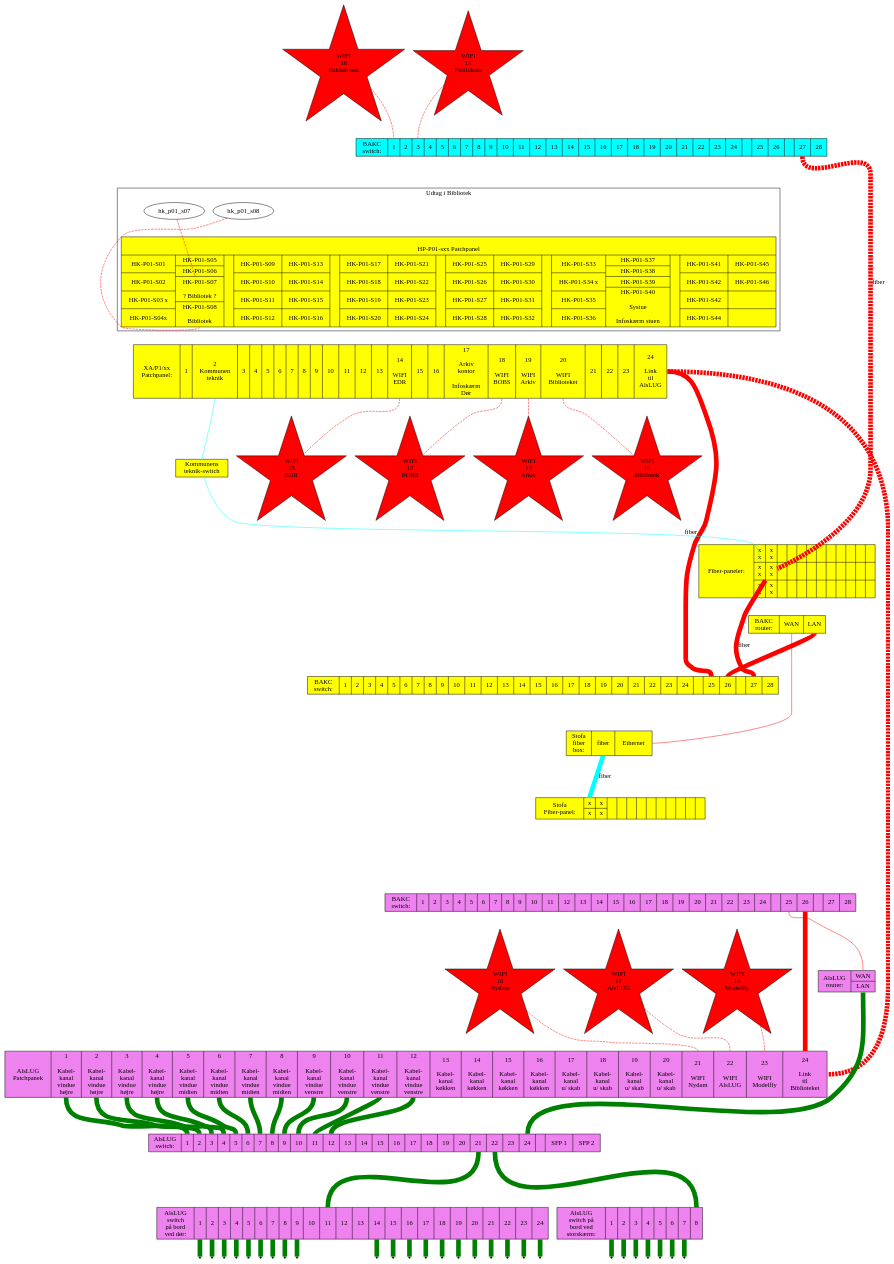
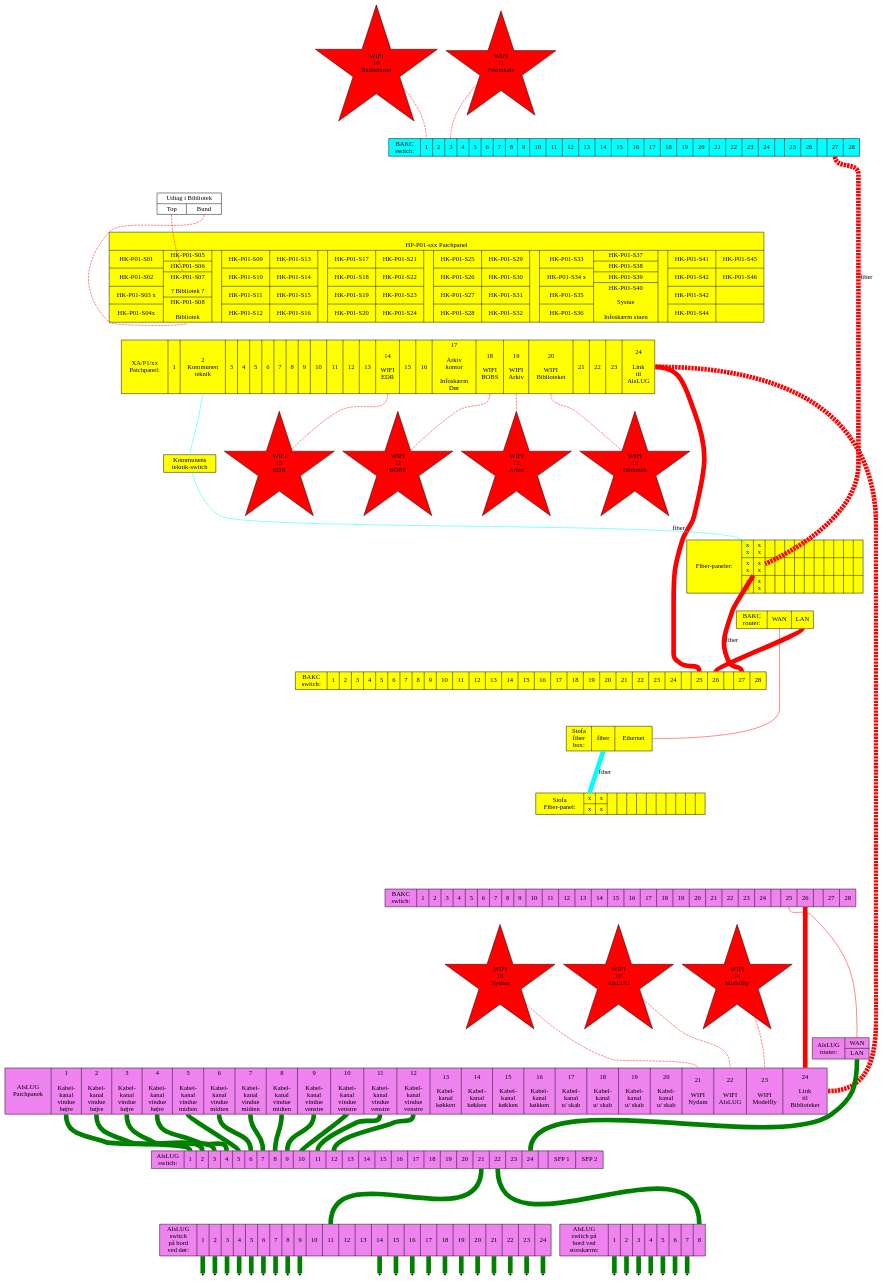
One commit to alslug/alslug.dk changed the diagram in projekter/patch-paneler.dot. Above: the diagram before and after it, drawn with Graphviz.

```diff
--- a/projekter/patch-paneler.dot
+++ b/projekter/patch-paneler.dot
@@ -408,13 +408,12 @@
                                     bib_fiberpaneler_1:festlokale_fiber -> bakc_bib_switch:fiber_1 [ color=red penwidth=10 label="fiber" ];
 
  
-
-  edge [ color=red penwidth=1 style=dashed ];  
-  subgraph cluster_bib {
-  	label="Udtag i Bibliotek";
-	//node [ shape=point ];
-	hk_p01_s07 -> hk_p01:07;
-	hk_p01_s08 -> hk_p01:08;
+  {
+    edge [ color=red penwidth=1 style=dashed ];  
+    node [ shape=record ];
+    bib_stik [ label="{Udtag i Bibliotek|{<top> Top|<bund> Bund}}" ];
+    bib_stik:top -> hk_p01:07;
+    bib_stik:bund -> hk_p01:08;
   }
   
   node [ color=invis shape=point ];
```
